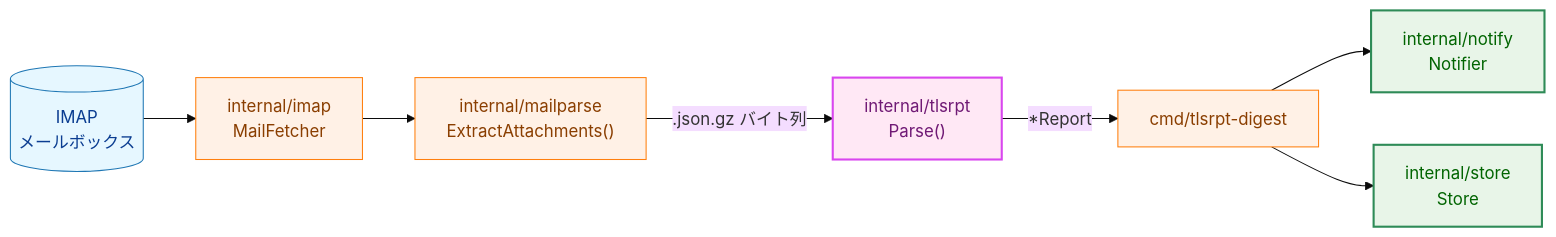
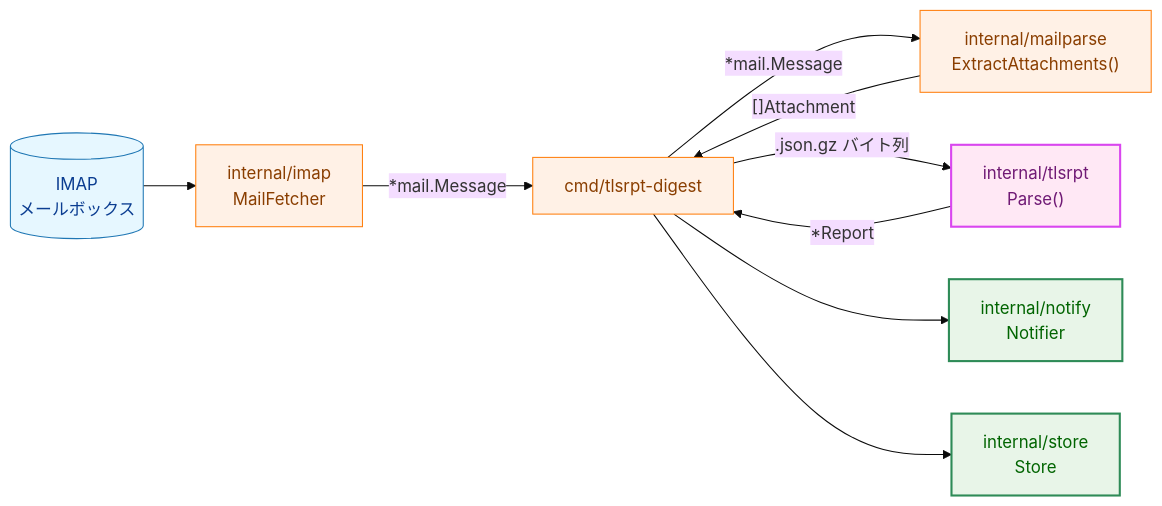
Before and after one commit to isseis/tlsrpt-digest: the third of 7 diagrams in docs/tasks/0020_tlsrpt/02_architecture.md, drawn with Mermaid (base theme). The commit also changed other lines of this file and 3 other files, not shown here.

````diff
--- a/docs/tasks/0020_tlsrpt/02_architecture.md
+++ b/docs/tasks/0020_tlsrpt/02_architecture.md
@@ -66,26 +66,29 @@
 ```mermaid
 flowchart LR
     classDef data fill:#e6f7ff,stroke:#1f77b4,stroke-width:1px,color:#0b3d91;
     classDef process fill:#fff1e6,stroke:#ff7f0e,stroke-width:1px,color:#8a3e00;
     classDef enhanced fill:#e8f5e8,stroke:#2e8b57,stroke-width:2px,color:#006400;
     classDef newpkg fill:#ffe8f5,stroke:#d946ef,stroke-width:2px,color:#701a75;
 
     IMAP[("IMAP<br>メールボックス")]
     IM["internal/imap<br>MailFetcher"]
     MP["internal/mailparse<br>ExtractAttachments()"]
     TR["internal/tlsrpt<br>Parse()"]
     CMD["cmd/tlsrpt-digest"]
     NT["internal/notify<br>Notifier"]
     ST["internal/store<br>Store"]
 
-    IMAP --> IM --> MP
-    MP -->|".json.gz バイト列"| TR
+    IMAP --> IM
+    IM -->|"*mail.Message"| CMD
+    CMD -->|"*mail.Message"| MP
+    MP -->|"[]Attachment"| CMD
+    CMD -->|".json.gz バイト列"| TR
     TR -->|"*Report"| CMD
     CMD --> NT
     CMD --> ST
 
     class IMAP data
     class IM,MP,CMD process
     class TR newpkg
     class NT,ST enhanced
 ```
````
